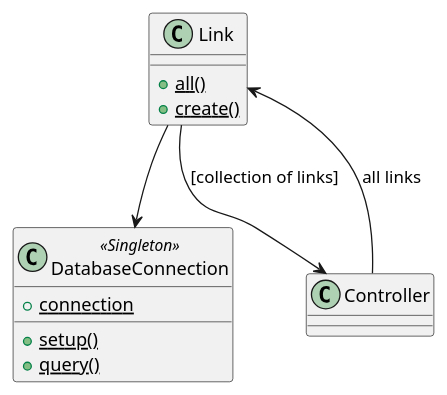
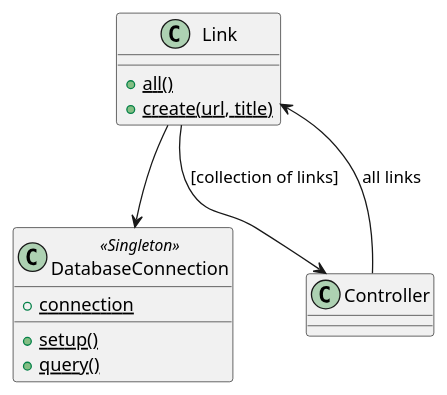
One commit to meta-morpho-sys/new_bookmark_manager changed the diagram in user_stories.puml. Above: the diagram before and after it, drawn with PlantUML. The commit also changed 11 other files, not shown here.

```diff
--- a/user_stories.puml
+++ b/user_stories.puml
@@ -1,18 +1,18 @@
 @startuml
 
 class Link {
     +{static} all()
-    +{static} create()
+    +{static} create(url, title)
 }
 
 class DatabaseConnection <<Singleton>>  {
     +{static} connection
     +{static} setup()
     +{static} query()
 }
 
 Controller --> Link: all links
 Link --> Controller: [collection of links]
 Link --> DatabaseConnection
 
 @enduml
```
